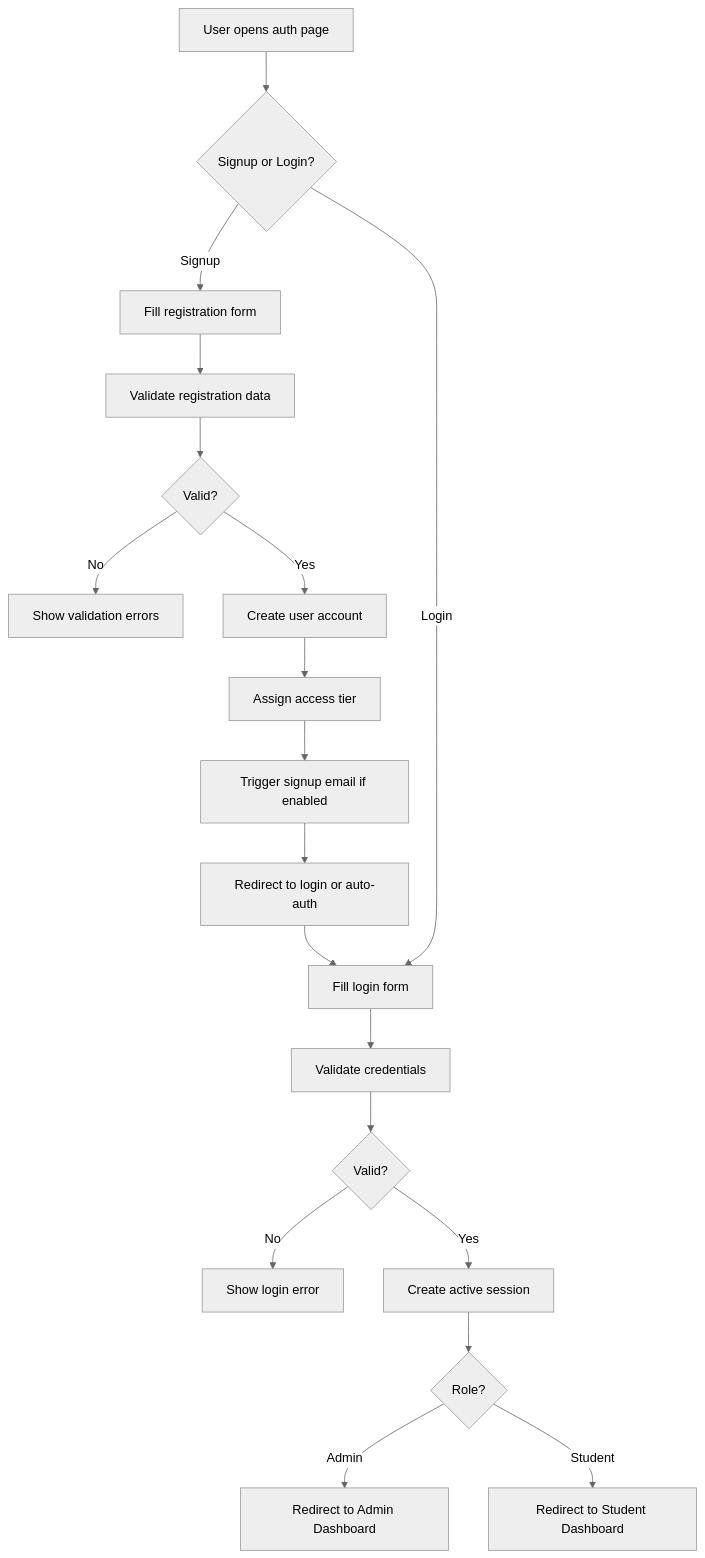
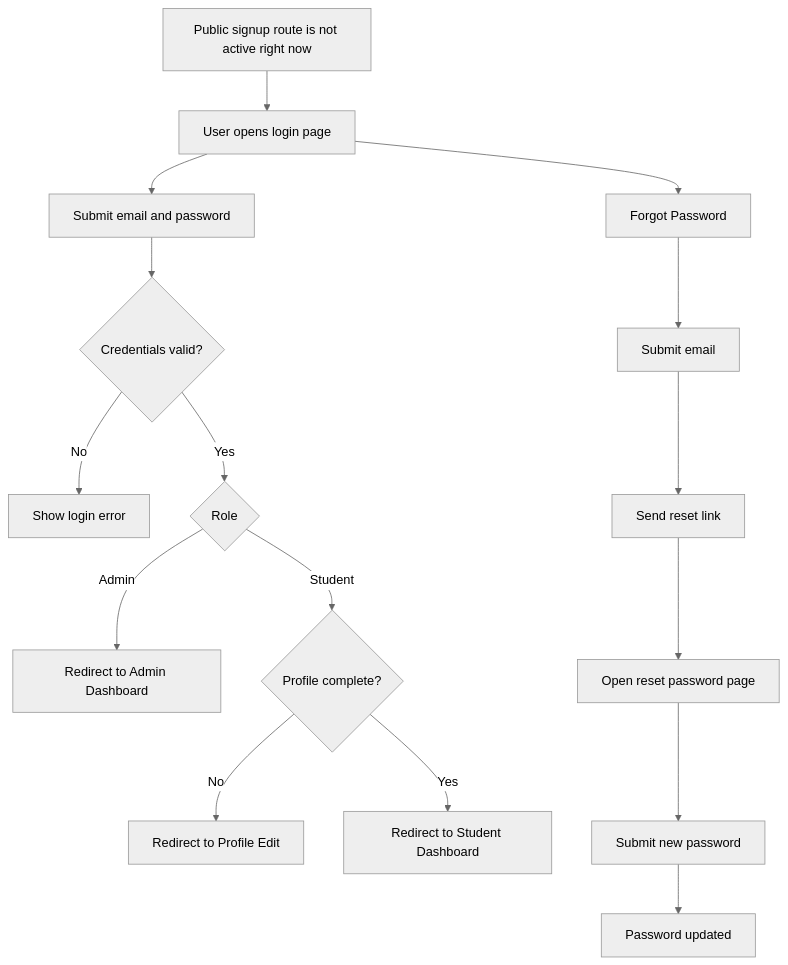
Before and after one commit to weslyambaritaa/YogaFX-Learning-Management-System-Web: the diagram in docs/mermaid/registration-login-flow.mmd, drawn with Mermaid (neutral theme). The commit also changed 44 other files, not shown here.

Commit message:
docs: refresh project documentation, flows, and diagrams as source of truth

```diff
--- a/docs/mermaid/registration-login-flow.mmd
+++ b/docs/mermaid/registration-login-flow.mmd
@@ -1,21 +1,18 @@
 flowchart TD
+    A[User opens login page] --> B[Submit email and password]
+    B --> C{Credentials valid?}
+    C -->|No| D[Show login error]
+    C -->|Yes| E{Role}
+    E -->|Admin| F[Redirect to Admin Dashboard]
+    E -->|Student| G{Profile complete?}
+    G -->|No| H[Redirect to Profile Edit]
+    G -->|Yes| I[Redirect to Student Dashboard]
 
-    A[User opens auth page] --> B{Signup or Login?}
-    B -->|Signup| C[Fill registration form]
-    C --> D[Validate registration data]
-    D --> E{Valid?}
-    E -->|No| F[Show validation errors]
-    E -->|Yes| G[Create user account]
-    G --> H[Assign access tier]
-    H --> I[Trigger signup email if enabled]
-    I --> J[Redirect to login or auto-auth]
+    A --> J[Forgot Password]
+    J --> K[Submit email]
+    K --> L[Send reset link]
+    L --> M[Open reset password page]
+    M --> N[Submit new password]
+    N --> O[Password updated]
 
-    B -->|Login| K[Fill login form]
-    J --> K
-    K --> L[Validate credentials]
-    L --> M{Valid?}
-    M -->|No| N[Show login error]
-    M -->|Yes| O[Create active session]
-    O --> P{Role?}
-    P -->|Admin| Q[Redirect to Admin Dashboard]
-    P -->|Student| R[Redirect to Student Dashboard]
+    P[Public signup route is not active right now] --> A
```
